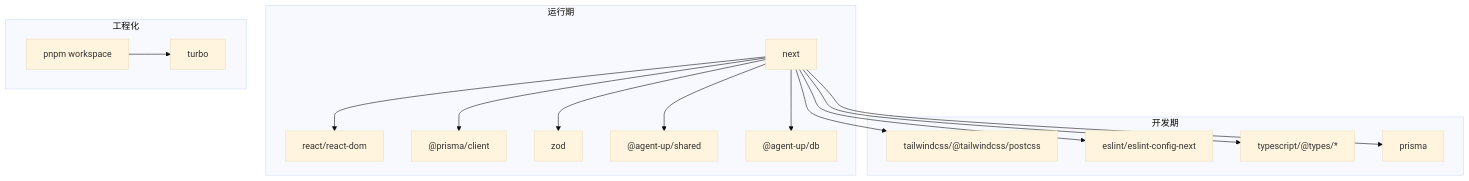
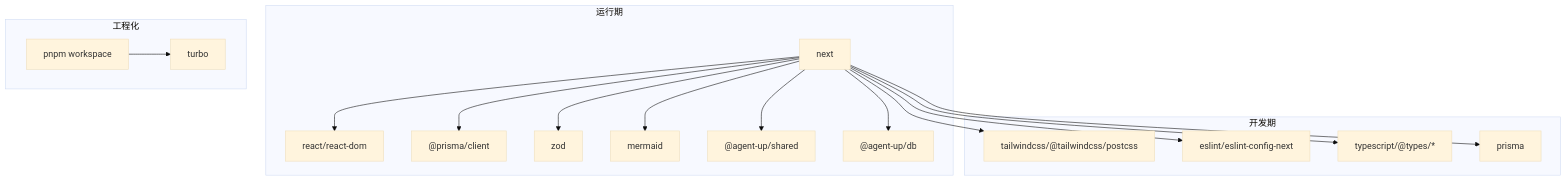
The ninth of 9 diagrams in .qoder/repowiki/zh/content/前端架构.md (ai-guru-global/agent-up), drawn with Mermaid (base theme) before and after one commit. The commit also changed other lines of this file and 20 other files, not shown here.

````diff
--- a/.qoder/repowiki/zh/content/前端架构.md
+++ b/.qoder/repowiki/zh/content/前端架构.md
@@ -556,31 +639,33 @@
 ```mermaid
 graph TB
 subgraph "运行期"
 NEXT["next"]
 REACT["react/react-dom"]
 PRISMA["@prisma/client"]
 ZOD["zod"]
+MERMAID["mermaid"]
 SHARED["@agent-up/shared"]
 DBPKG["@agent-up/db"]
 end
 subgraph "开发期"
 TW["tailwindcss/@tailwindcss/postcss"]
 ESLINT["eslint/eslint-config-next"]
 TS["typescript/@types/*"]
 PRISMACLI["prisma"]
 end
 subgraph "工程化"
 TURBO["turbo"]
 PNPM["pnpm workspace"]
 end
 NEXT --> REACT
 NEXT --> PRISMA
 NEXT --> ZOD
+NEXT --> MERMAID
 NEXT --> SHARED
 NEXT --> DBPKG
 NEXT --> TW
 NEXT --> ESLINT
 NEXT --> TS
 NEXT --> PRISMACLI
 PNPM --> TURBO
 ```
````
